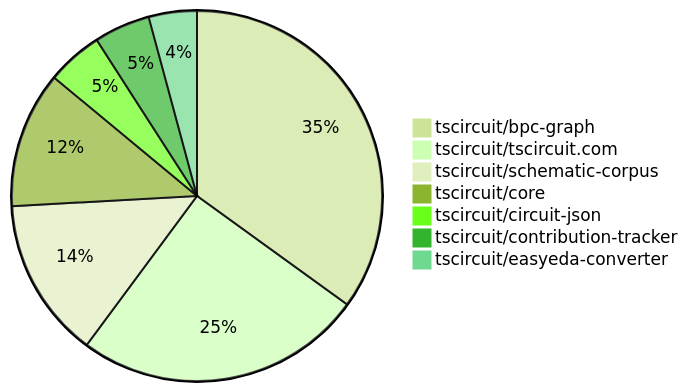
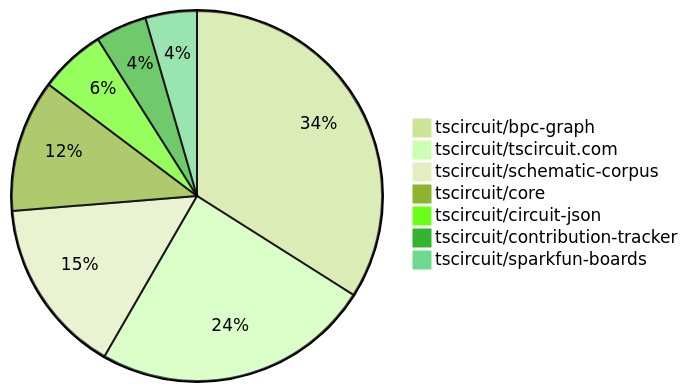
Before and after one commit to tscircuit/contribution-tracker: the second of 2 diagrams in README.md, drawn with Mermaid (forest theme). The commit also changed other lines of this file and 3 other files, not shown here.

````diff
--- a/README.md
+++ b/README.md
@@ -101,10 +102,10 @@
 ```mermaid
 pie
-    "tscircuit/bpc-graph" : 50
-    "tscircuit/tscircuit.com" : 36
-    "tscircuit/schematic-corpus" : 20
-    "tscircuit/core" : 17
-    "tscircuit/circuit-json" : 7
+    "tscircuit/bpc-graph" : 53
+    "tscircuit/tscircuit.com" : 38
+    "tscircuit/schematic-corpus" : 24
+    "tscircuit/core" : 18
+    "tscircuit/circuit-json" : 9
     "tscircuit/contribution-tracker" : 7
-    "tscircuit/easyeda-converter" : 6
+    "tscircuit/sparkfun-boards" : 7
 ```
````
